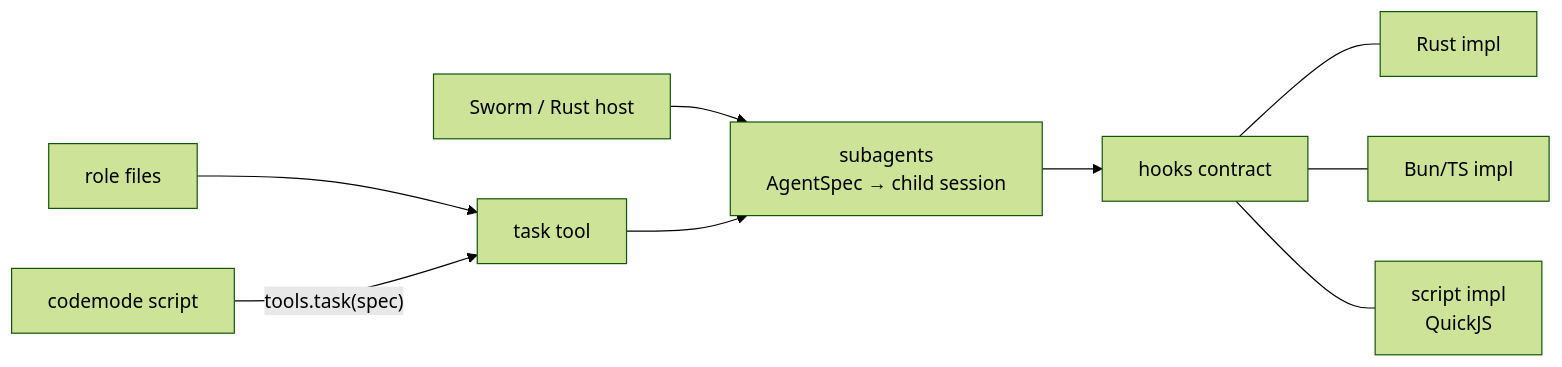
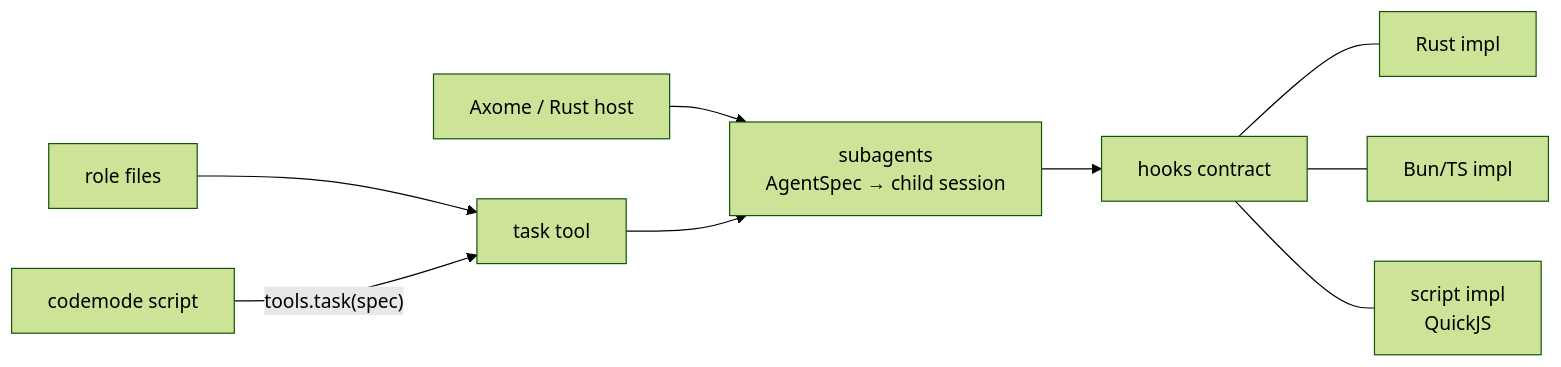
The second of 2 diagrams in plan/plan.md (Axo-Gnosis/Axo), drawn with Mermaid (forest theme) before and after one commit. The commit also changed other lines of this file and 7 other files, not shown here.

Commit message:
docs: update Sworm to Axome; renamed

````diff
--- a/plan/plan.md
+++ b/plan/plan.md
@@ -191,11 +191,11 @@
 ```mermaid
 flowchart LR
   R[role files] --> T[task tool]
   C[codemode script] -->|"tools.task(spec)"| T
-  H[Sworm / Rust host] --> A
+  H[Axome / Rust host] --> A
   T --> A["subagents<br/>AgentSpec → child session"]
   A --> K["hooks contract"]
   K --- K1[Rust impl]
   K --- K2[Bun/TS impl]
   K --- K3[script impl<br/>QuickJS]
 ```
````
